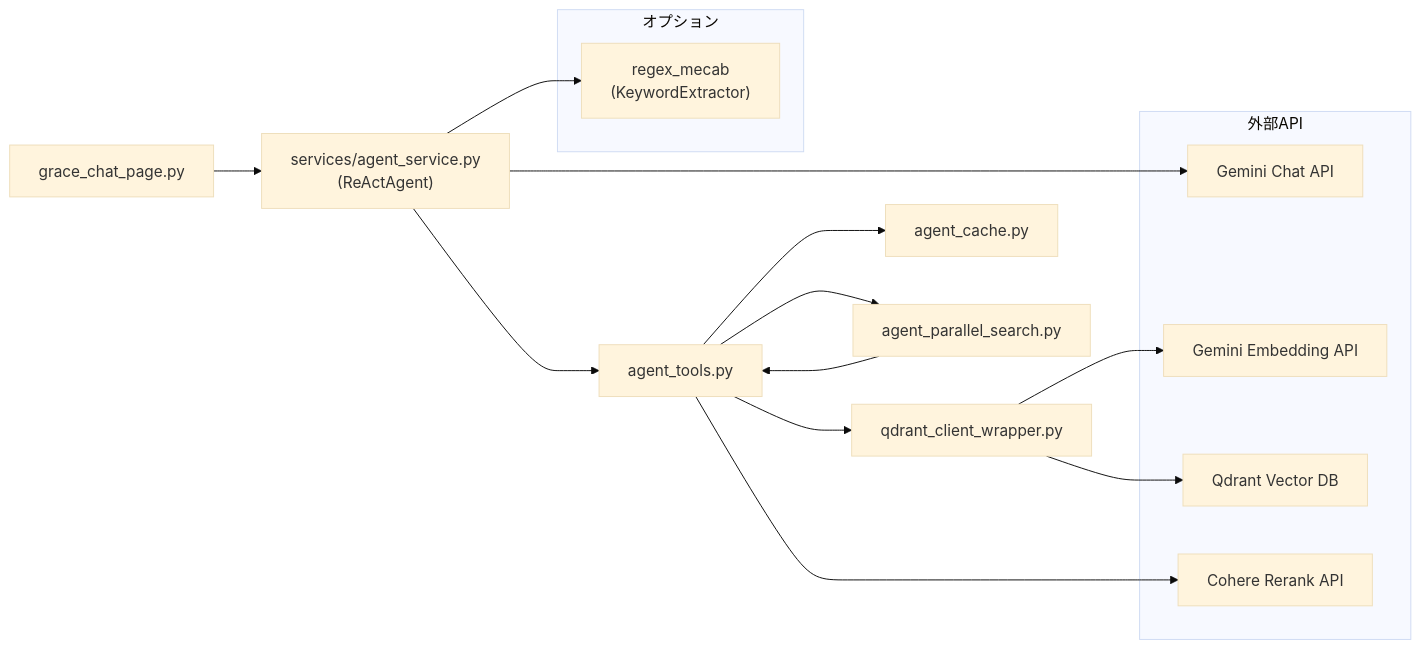
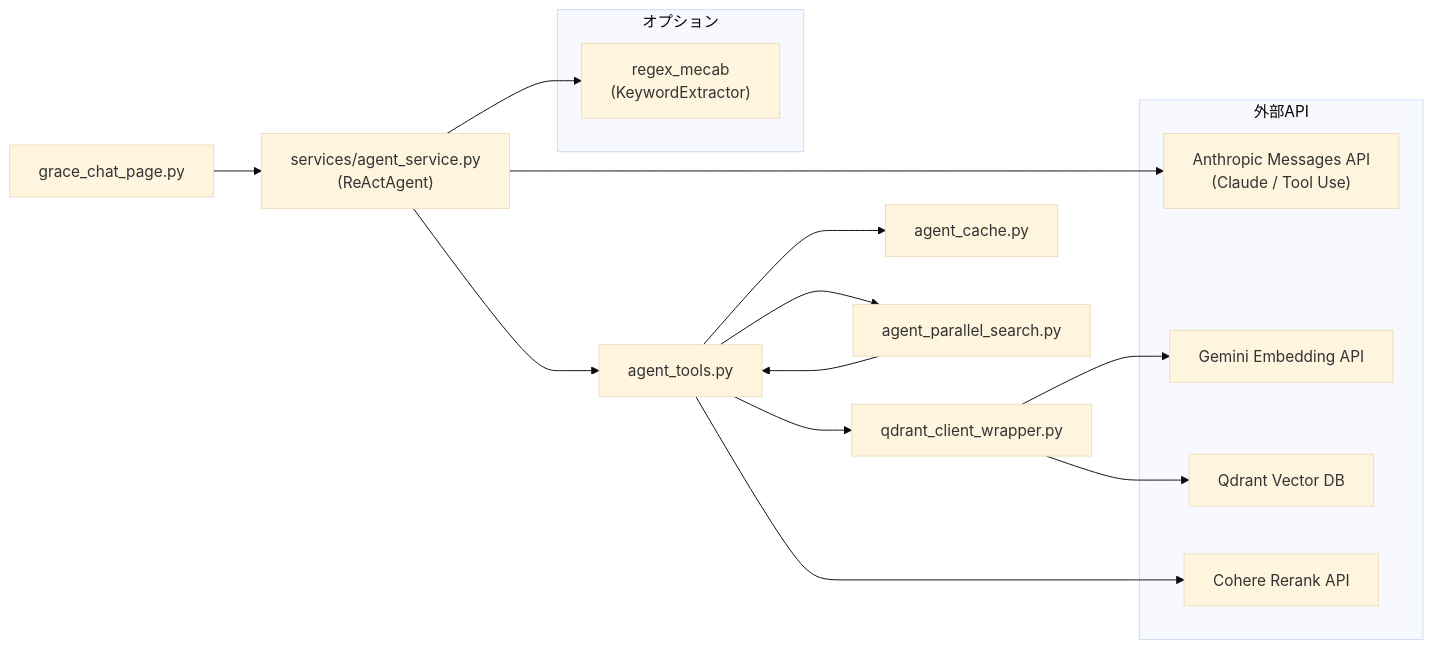
Before and after one commit to nakashima2toshio/anthropic_grace_agent_v2: the third of 3 diagrams in ui/doc/grace_chat_input_query.md, drawn with Mermaid (base theme). The commit also changed other lines of this file and 14 other files, not shown here.

````diff
--- a/ui/doc/grace_chat_input_query.md
+++ b/ui/doc/grace_chat_input_query.md
@@ -723,32 +732,32 @@
 ```mermaid
 flowchart LR
     GRACE["grace_chat_page.py"]
     AGENT_SVC["services/agent_service.py<br/>(ReActAgent)"]
     TOOLS["agent_tools.py"]
     WRAPPER["qdrant_client_wrapper.py"]
     CACHE["agent_cache.py"]
     PARALLEL["agent_parallel_search.py"]
 
     subgraph EXTERNAL["外部API"]
-        GEMINI_CHAT["Gemini Chat API"]
+        CLAUDE_CHAT["Anthropic Messages API<br/>(Claude / Tool Use)"]
         GEMINI_EMB["Gemini Embedding API"]
         QDRANT["Qdrant Vector DB"]
         COHERE["Cohere Rerank API"]
     end
 
     subgraph OPTIONAL["オプション"]
         MECAB["regex_mecab<br/>(KeywordExtractor)"]
     end
 
     GRACE --> AGENT_SVC
     AGENT_SVC --> TOOLS
     AGENT_SVC --> MECAB
-    AGENT_SVC --> GEMINI_CHAT
+    AGENT_SVC --> CLAUDE_CHAT
     TOOLS --> WRAPPER
     TOOLS --> CACHE
     TOOLS --> PARALLEL
     TOOLS --> COHERE
     WRAPPER --> GEMINI_EMB
     WRAPPER --> QDRANT
     PARALLEL --> TOOLS
 ```
````
